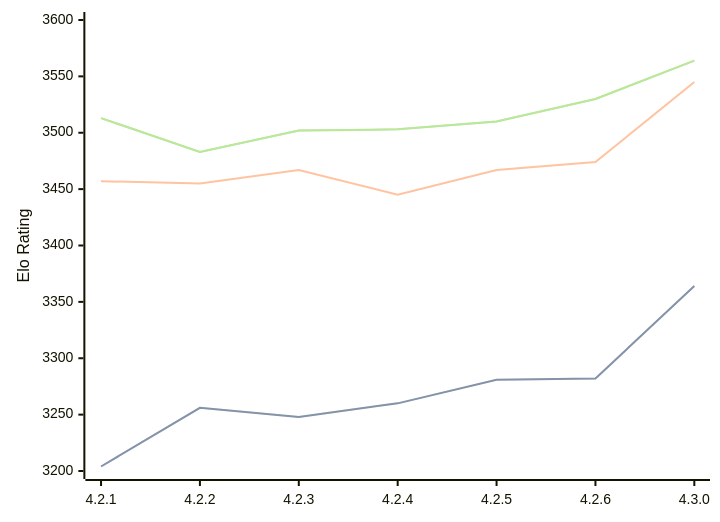
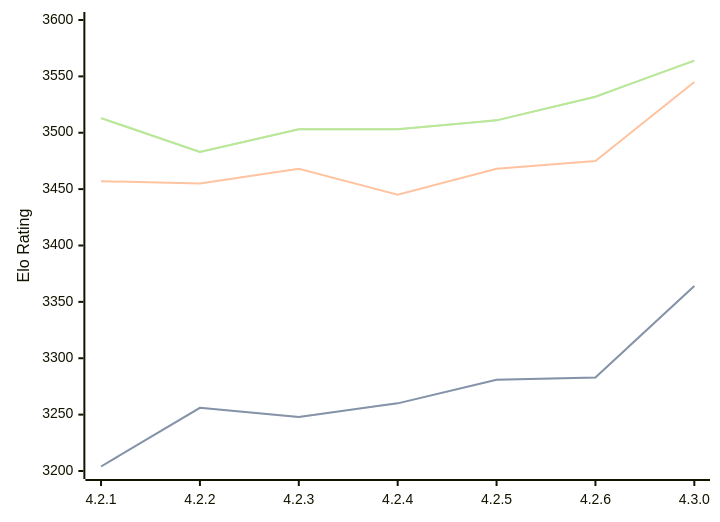
The diagram in engines/Gaia.md (computer-chess-index/cci), drawn with Mermaid before and after one commit. The commit also changed other lines of this file, not shown here.

Commit message:
Update CCI Ratings (ELO VLTC) - 2026-09-27

````diff
--- a/engines/Gaia.md
+++ b/engines/Gaia.md
@@ -43,11 +43,11 @@
 ```mermaid
 %%{init: {"theme":"base","themeVariables":{"seriesColors:['#a3a3a3','#222221','#faa371']}}}%%
 xychart-beta
   x-axis ["4.2.1", "4.2.2", "4.2.3", "4.2.4", "4.2.5", "4.2.6", "4.3.0"]
   y-axis "Elo Rating" 3200 --> 3600
-  line "" [3204, 3256, 3248, 3260, 3281, 3282, 3364]
-  line "STC (8.0+0.08s)" [3204, 3256, 3248, 3260, 3281, 3282, 3364]
-  line "LTC (60.0+0.60s)" [3457, 3455, 3467, 3445, 3467, 3474, 3545]
-  line "" [3513, 3483, 3502, 3503, 3510, 3530, 3564]
-  line "VLTC (2m24s+1.12s)" [3513, 3483, 3502, 3503, 3510, 3530, 3564]
+  line "" [3204, 3256, 3248, 3260, 3281, 3283, 3364]
+  line "STC (8.0+0.08s)" [3204, 3256, 3248, 3260, 3281, 3283, 3364]
+  line "LTC (60.0+0.60s)" [3457, 3455, 3468, 3445, 3468, 3475, 3545]
+  line "" [3513, 3483, 3503, 3503, 3511, 3532, 3564]
+  line "VLTC (2m24s+1.12s)" [3513, 3483, 3503, 3503, 3511, 3532, 3564]
 ```
````
